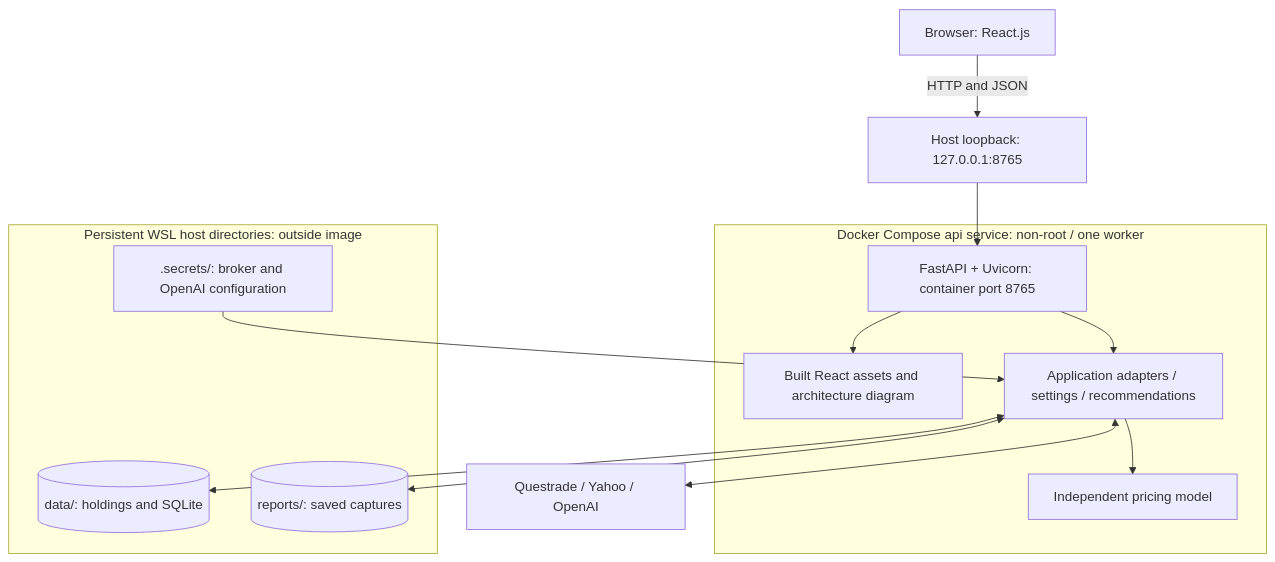
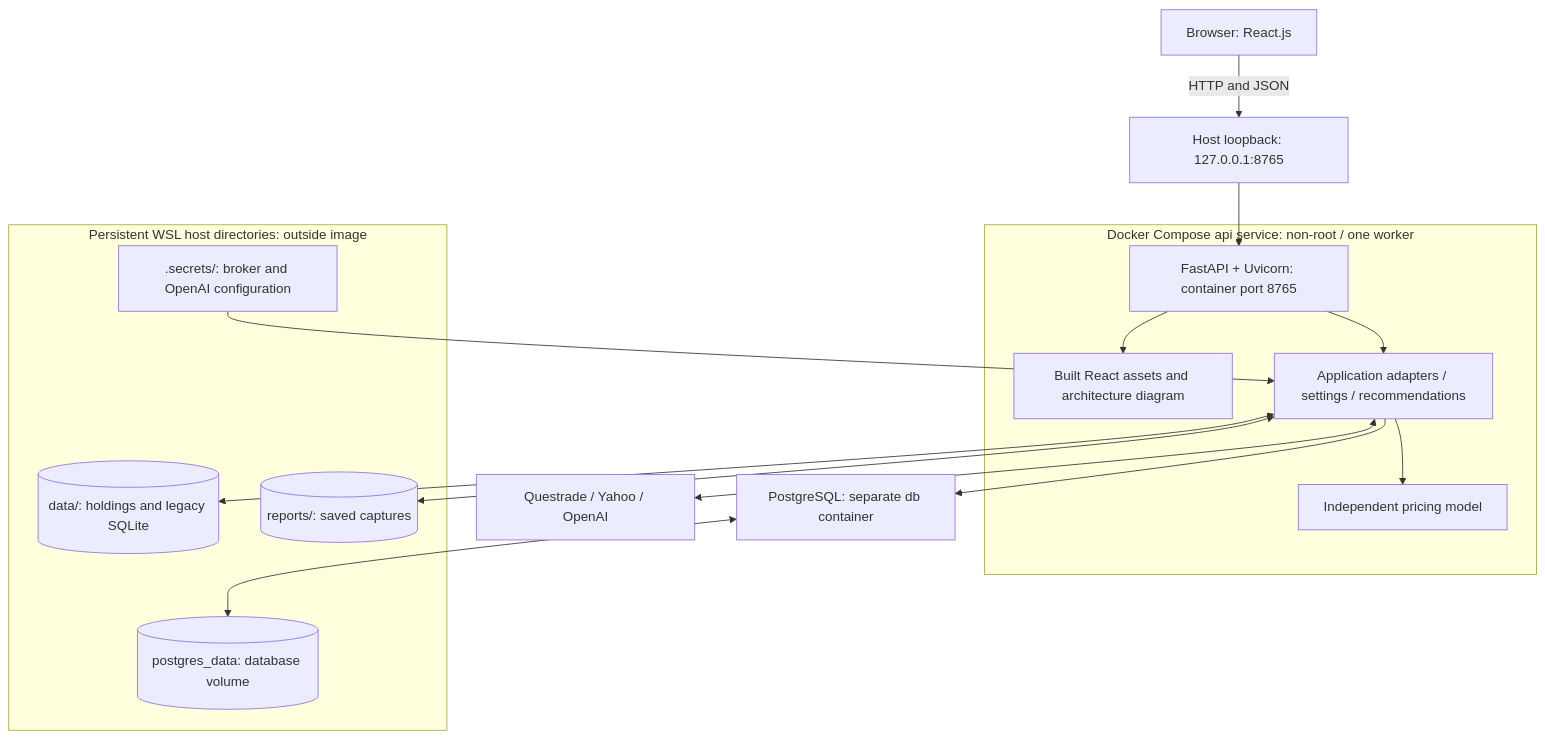
The first of 4 diagrams in ARCHITECTURE.md (amanlig/aiMoney), drawn with Mermaid before and after one commit. The commit also changed other lines of this file and 41 other files, not shown here.

````diff
--- a/ARCHITECTURE.md
+++ b/ARCHITECTURE.md
@@ -50,24 +87,27 @@
 ```mermaid
 flowchart TB
     Browser[Browser: React.js]
     Port[Host loopback: 127.0.0.1:8765]
     subgraph Docker[Docker Compose api service: non-root / one worker]
         API[FastAPI + Uvicorn: container port 8765]
         Assets[Built React assets and architecture diagram]
         Services[Application adapters / settings / recommendations]
         Model[Independent pricing model]
         API --> Services --> Model
         API --> Assets
     end
     subgraph WSL[Persistent WSL host directories: outside image]
-        Data[(data/: holdings and SQLite)]
+        Data[(data/: holdings and legacy SQLite)]
+        PGData[(postgres_data: database volume)]
         Reports[(reports/: saved captures)]
         Secrets[.secrets/: broker and OpenAI configuration]
     end
     External[Questrade / Yahoo / OpenAI]
     Browser -->|HTTP and JSON| Port --> API
     Services <--> Data
+    Services --> PG[PostgreSQL: separate db container]
+    PG <--> PGData
     Services <--> Reports
     Secrets --> Services
     Services <--> External
 ```
````
